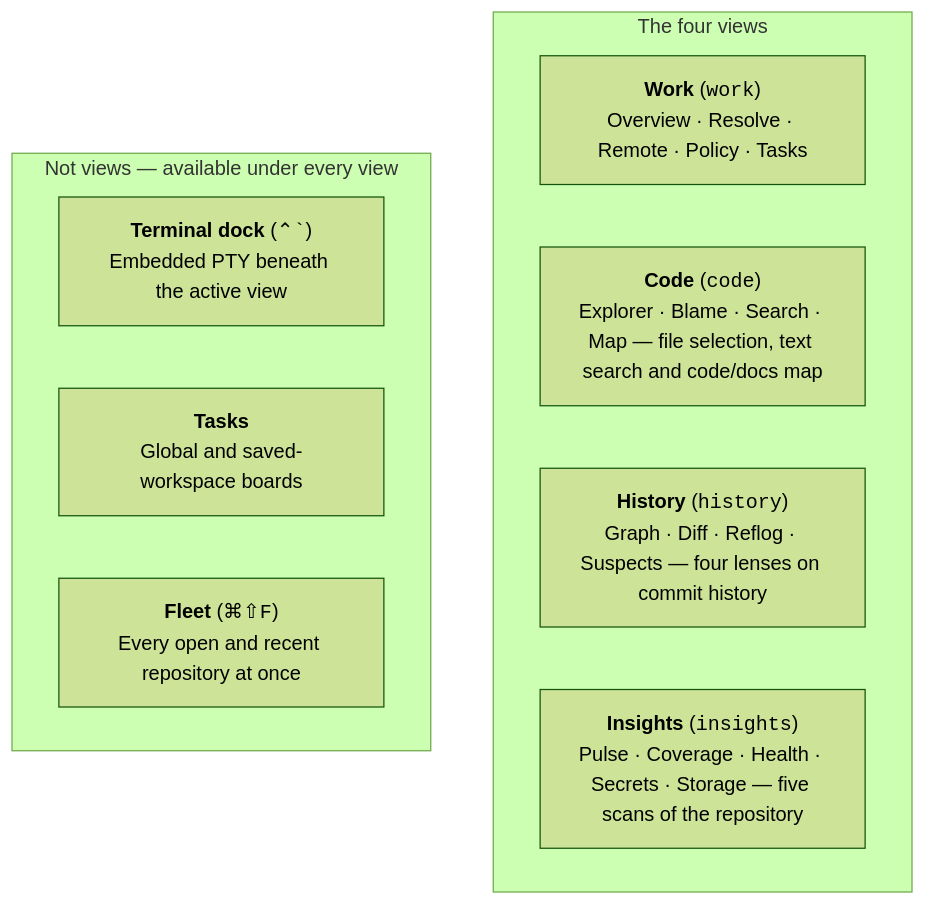
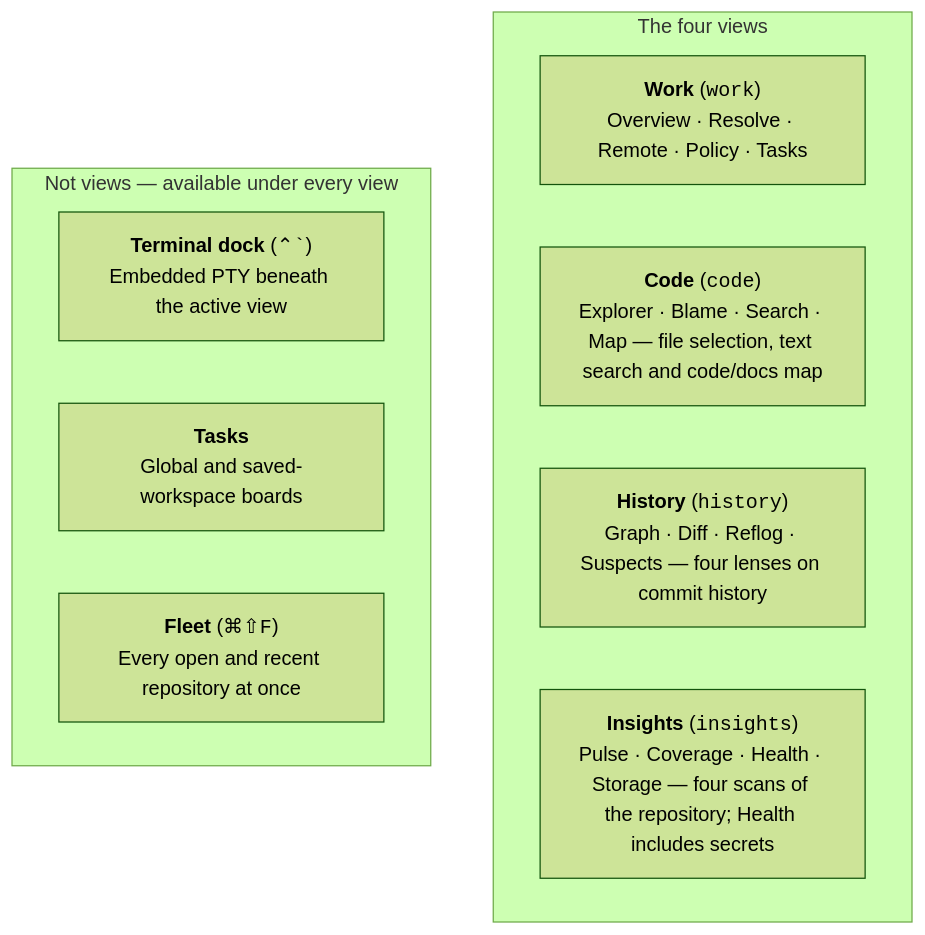
The first of 4 diagrams in docs/FEATURES.md (bharathvbcr/GitPulse), drawn with Mermaid (forest theme) before and after one commit. The commit also changed other lines of this file and 37 other files, not shown here.

First line of the commit message:
feat(health): fold Secrets into Health, with agent actions and previewed lists

````diff
--- a/docs/FEATURES.md
+++ b/docs/FEATURES.md
@@ -50,15 +50,15 @@
 ```mermaid
 flowchart TD
     subgraph ViewGroup["The four views"]
         Work["<b>Work</b> (<code>work</code>)<br/>Overview · Resolve · Remote · Policy · Tasks"]
         Code["<b>Code</b> (<code>code</code>)<br/>Explorer · Blame · Search · Map — file selection, text search and code/docs map"]
         History["<b>History</b> (<code>history</code>)<br/>Graph · Diff · Reflog · Suspects — four lenses on commit history"]
-        Insights["<b>Insights</b> (<code>insights</code>)<br/>Pulse · Coverage · Health · Secrets · Storage — five scans of the repository"]
+        Insights["<b>Insights</b> (<code>insights</code>)<br/>Pulse · Coverage · Health · Storage — four scans of the repository; Health includes secrets"]
     end
 
     subgraph NotViews["Not views — available under every view"]
         Terminal["<b>Terminal dock</b> (<code>⌃`</code>)<br/>Embedded PTY beneath the active view"]
         Tasks["<b>Tasks</b><br/>Global and saved-workspace boards"]
         Fleet["<b>Fleet</b> (<code>⌘⇧F</code>)<br/>Every open and recent repository at once"]
     end
 ```
````
